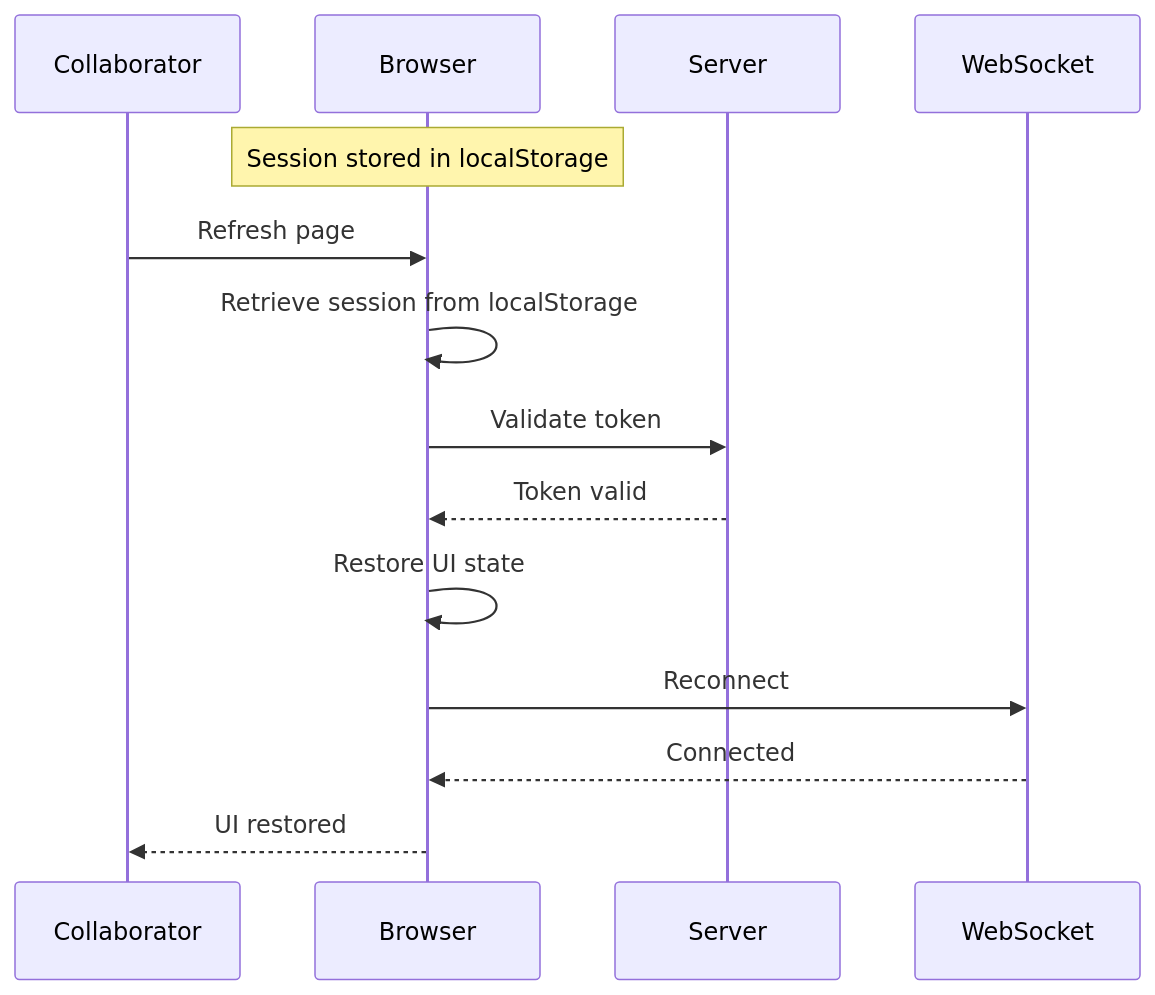
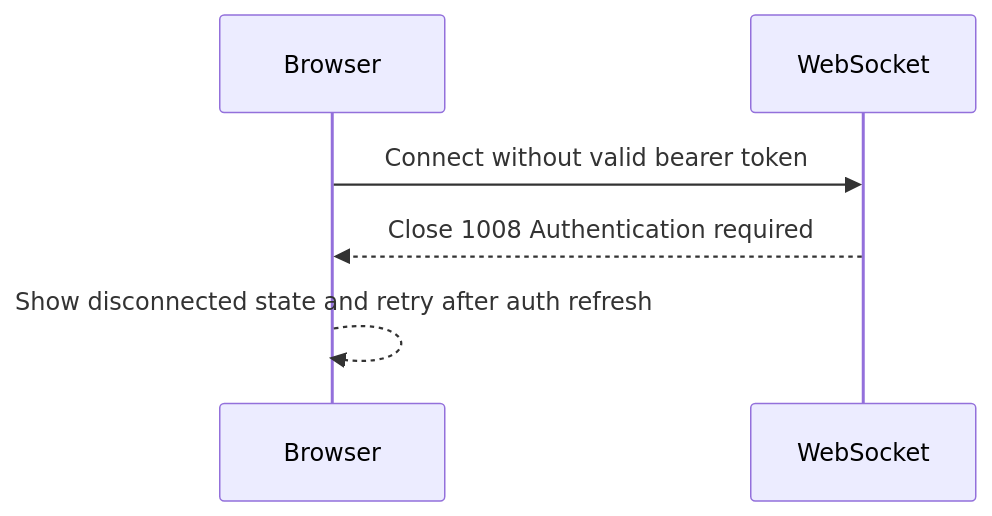
The fifth of 5 diagrams in docs/flows/03-collaborator-access.md (jchadwick/ai-spaces), drawn with Mermaid before and after one commit. The commit also changed other lines of this file and 21 other files, not shown here.

````diff
--- a/docs/flows/03-collaborator-access.md
+++ b/docs/flows/03-collaborator-access.md
@@ -126,17 +90,9 @@
 ```mermaid
 sequenceDiagram
-    participant Collaborator
     participant Browser
-    participant Server
     participant WebSocket
-    
-    Note over Browser: Session stored in localStorage
-    Collaborator->>Browser: Refresh page
-    Browser->>Browser: Retrieve session from localStorage
-    Browser->>Server: Validate token
-    Server-->>Browser: Token valid
-    Browser->>Browser: Restore UI state
-    Browser->>WebSocket: Reconnect
-    WebSocket-->>Browser: Connected
-    Browser-->>Collaborator: UI restored
+
+    Browser->>WebSocket: Connect without valid bearer token
+    WebSocket-->>Browser: Close 1008 Authentication required
+    Browser-->>Browser: Show disconnected state and retry after auth refresh
 ```
````
